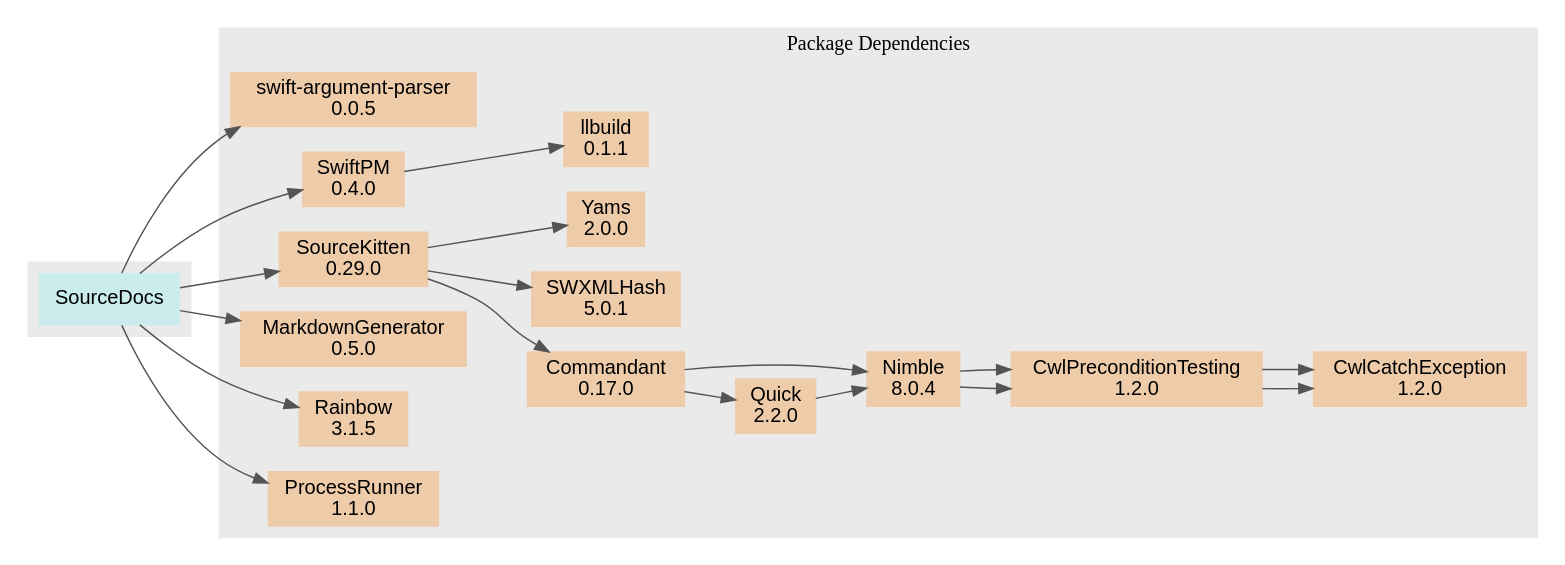
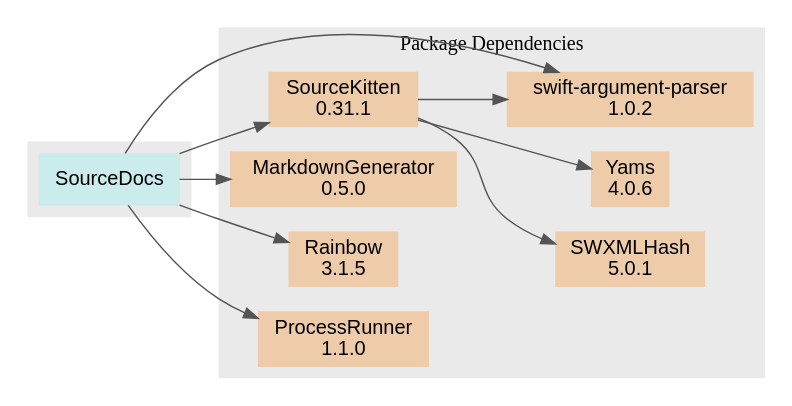
The diagram in docs/PackageDependencies.dot (SourceDocs/SourceDocs), drawn with Graphviz before and after one commit. The commit also changed 21 other files, not shown here.

```diff
--- a/docs/PackageDependencies.dot
+++ b/docs/PackageDependencies.dot
@@ -1,33 +1,24 @@
 digraph PackageDependencyGraph {
     rankdir = LR
     graph [fontname="Helvetica-light", style = filled, color = "#eaeaea"]
     node [shape=box, fontname="Helvetica", style=filled]
     edge [color="#545454"]
 
     subgraph clusterPackage {
         node [color="#caecec"]
         "SourceDocs"
     }
 
     subgraph clusterDependencies {
         label = "Package Dependencies"
         node [color="#eeccaa"]
-        "SourceDocs" -> "swift-argument-parser\n0.0.5"
-        "SourceDocs" -> "SwiftPM\n0.4.0"
-        "SourceDocs" -> "SourceKitten\n0.29.0"
+        "SourceDocs" -> "swift-argument-parser\n1.0.2"
+        "SourceDocs" -> "SourceKitten\n0.31.1"
         "SourceDocs" -> "MarkdownGenerator\n0.5.0"
         "SourceDocs" -> "Rainbow\n3.1.5"
         "SourceDocs" -> "ProcessRunner\n1.1.0"
-        "SwiftPM\n0.4.0" -> "llbuild\n0.1.1"
-        "SourceKitten\n0.29.0" -> "Commandant\n0.17.0"
-        "SourceKitten\n0.29.0" -> "SWXMLHash\n5.0.1"
-        "SourceKitten\n0.29.0" -> "Yams\n2.0.0"
-        "Commandant\n0.17.0" -> "Quick\n2.2.0"
-        "Commandant\n0.17.0" -> "Nimble\n8.0.4"
-        "Quick\n2.2.0" -> "Nimble\n8.0.4"
-        "Nimble\n8.0.4" -> "CwlPreconditionTesting\n1.2.0"
-        "CwlPreconditionTesting\n1.2.0" -> "CwlCatchException\n1.2.0"
-        "Nimble\n8.0.4" -> "CwlPreconditionTesting\n1.2.0"
-        "CwlPreconditionTesting\n1.2.0" -> "CwlCatchException\n1.2.0"
+        "SourceKitten\n0.31.1" -> "swift-argument-parser\n1.0.2"
+        "SourceKitten\n0.31.1" -> "SWXMLHash\n5.0.1"
+        "SourceKitten\n0.31.1" -> "Yams\n4.0.6"
     }
 }
```
